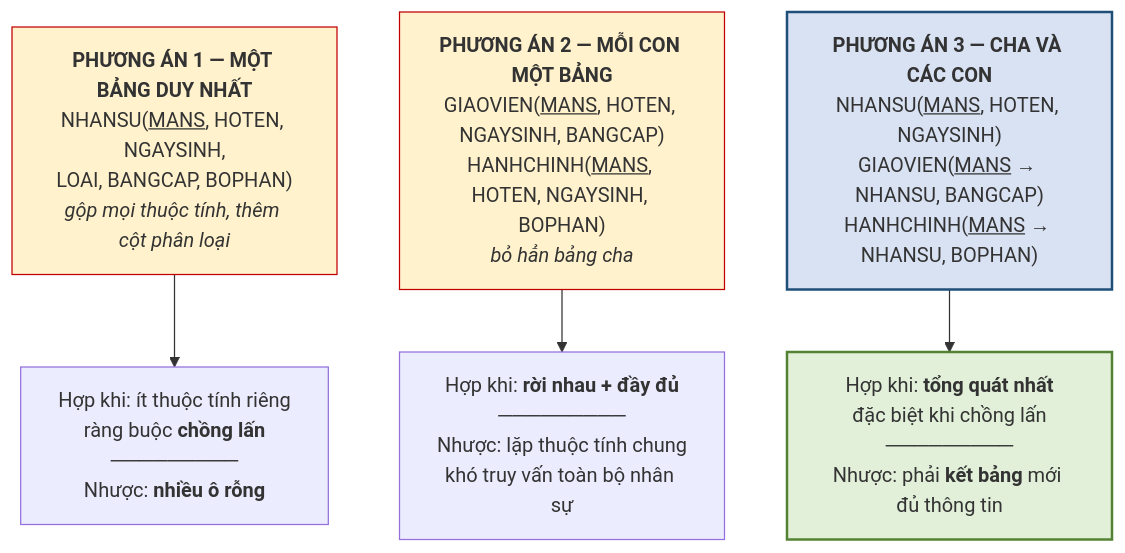
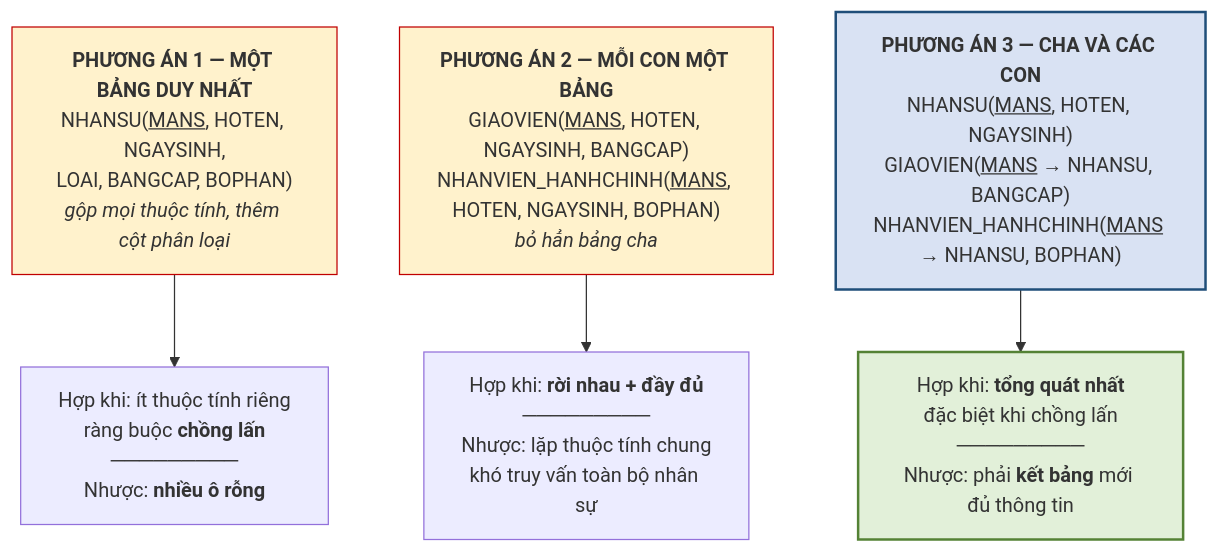
The third of 3 diagrams in docs/chuong-3/3-4-bon-quy-tac-anh-xa-er-sang-mo-hinh-quan-he.md (CuongNguyenDAU/csdl-dbs201), drawn with Mermaid before and after one commit. The commit also changed other lines of this file and 98 other files, not shown here.

````diff
--- a/docs/chuong-3/3-4-bon-quy-tac-anh-xa-er-sang-mo-hinh-quan-he.md
+++ b/docs/chuong-3/3-4-bon-quy-tac-anh-xa-er-sang-mo-hinh-quan-he.md
@@ -115,13 +217,13 @@
 ```mermaid
 flowchart TB
     P1["<b>PHƯƠNG ÁN 1 — MỘT BẢNG DUY NHẤT</b><br/>NHANSU(<u>MANS</u>, HOTEN, NGAYSINH,<br/>LOAI, BANGCAP, BOPHAN)<br/><i>gộp mọi thuộc tính, thêm cột phân loại</i>"]
-    P2["<b>PHƯƠNG ÁN 2 — MỖI CON MỘT BẢNG</b><br/>GIAOVIEN(<u>MANS</u>, HOTEN, NGAYSINH, BANGCAP)<br/>HANHCHINH(<u>MANS</u>, HOTEN, NGAYSINH, BOPHAN)<br/><i>bỏ hẳn bảng cha</i>"]
-    P3["<b>PHƯƠNG ÁN 3 — CHA VÀ CÁC CON</b><br/>NHANSU(<u>MANS</u>, HOTEN, NGAYSINH)<br/>GIAOVIEN(<u>MANS</u> → NHANSU, BANGCAP)<br/>HANHCHINH(<u>MANS</u> → NHANSU, BOPHAN)"]
+    P2["<b>PHƯƠNG ÁN 2 — MỖI CON MỘT BẢNG</b><br/>GIAOVIEN(<u>MANS</u>, HOTEN, NGAYSINH, BANGCAP)<br/>NHANVIEN_HANHCHINH(<u>MANS</u>, HOTEN, NGAYSINH, BOPHAN)<br/><i>bỏ hẳn bảng cha</i>"]
+    P3["<b>PHƯƠNG ÁN 3 — CHA VÀ CÁC CON</b><br/>NHANSU(<u>MANS</u>, HOTEN, NGAYSINH)<br/>GIAOVIEN(<u>MANS</u> → NHANSU, BANGCAP)<br/>NHANVIEN_HANHCHINH(<u>MANS</u> → NHANSU, BOPHAN)"]
     P1 --> C1["Hợp khi: ít thuộc tính riêng<br/>ràng buộc <b>chồng lấn</b><br/>─────────<br/>Nhược: <b>nhiều ô rỗng</b>"]
     P2 --> C2["Hợp khi: <b>rời nhau + đầy đủ</b><br/>─────────<br/>Nhược: lặp thuộc tính chung<br/>khó truy vấn toàn bộ nhân sự"]
     P3 --> C3["Hợp khi: <b>tổng quát nhất</b><br/>đặc biệt khi chồng lấn<br/>─────────<br/>Nhược: phải <b>kết bảng</b> mới đủ thông tin"]
     style P1 fill:#FFF2CC,stroke:#C00000
     style P2 fill:#FFF2CC,stroke:#C00000
     style P3 fill:#D9E2F3,stroke:#1F4E79,stroke-width:2px
     style C3 fill:#E2F0D9,stroke:#548235,stroke-width:2px
 ```
````
